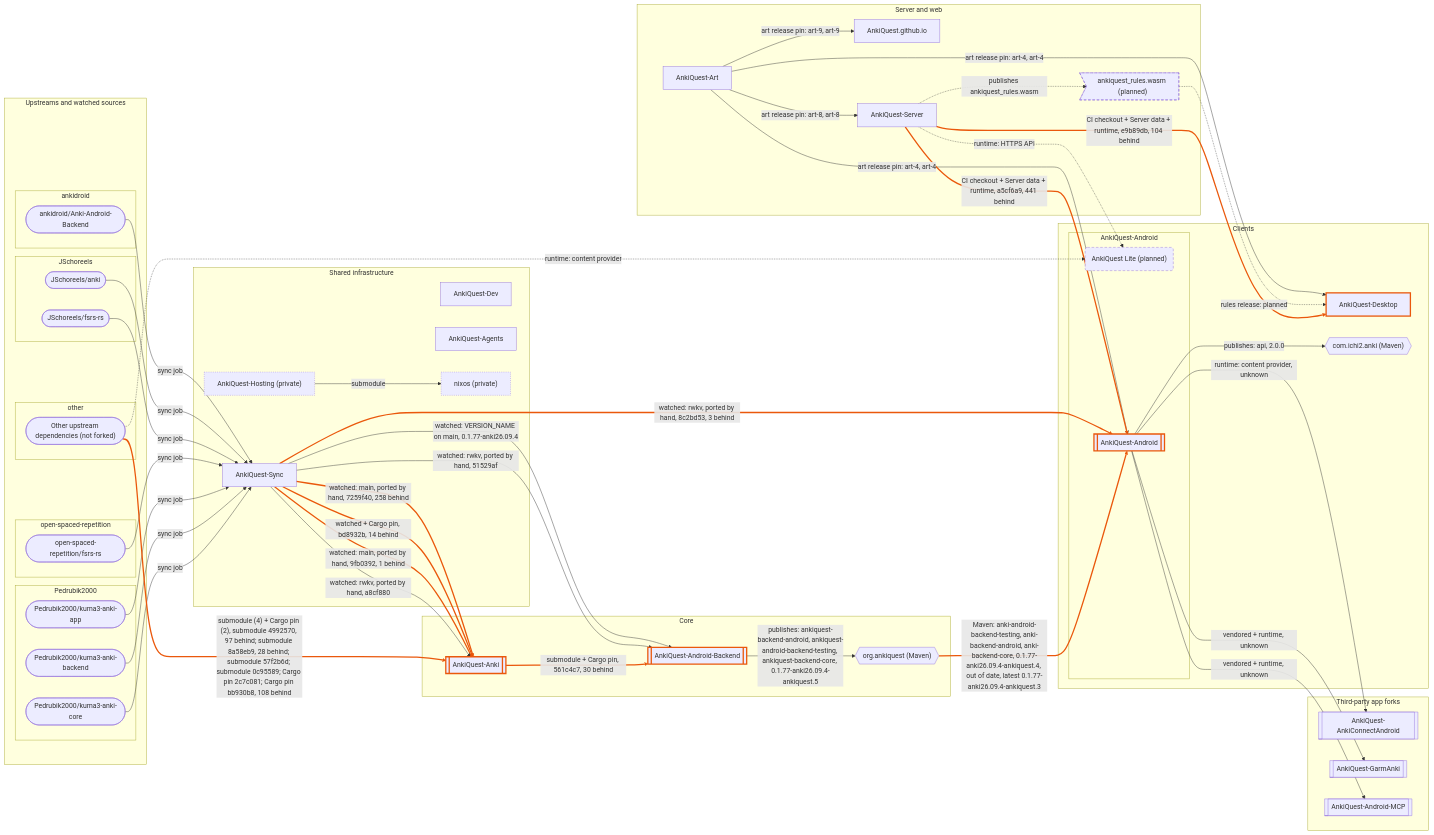
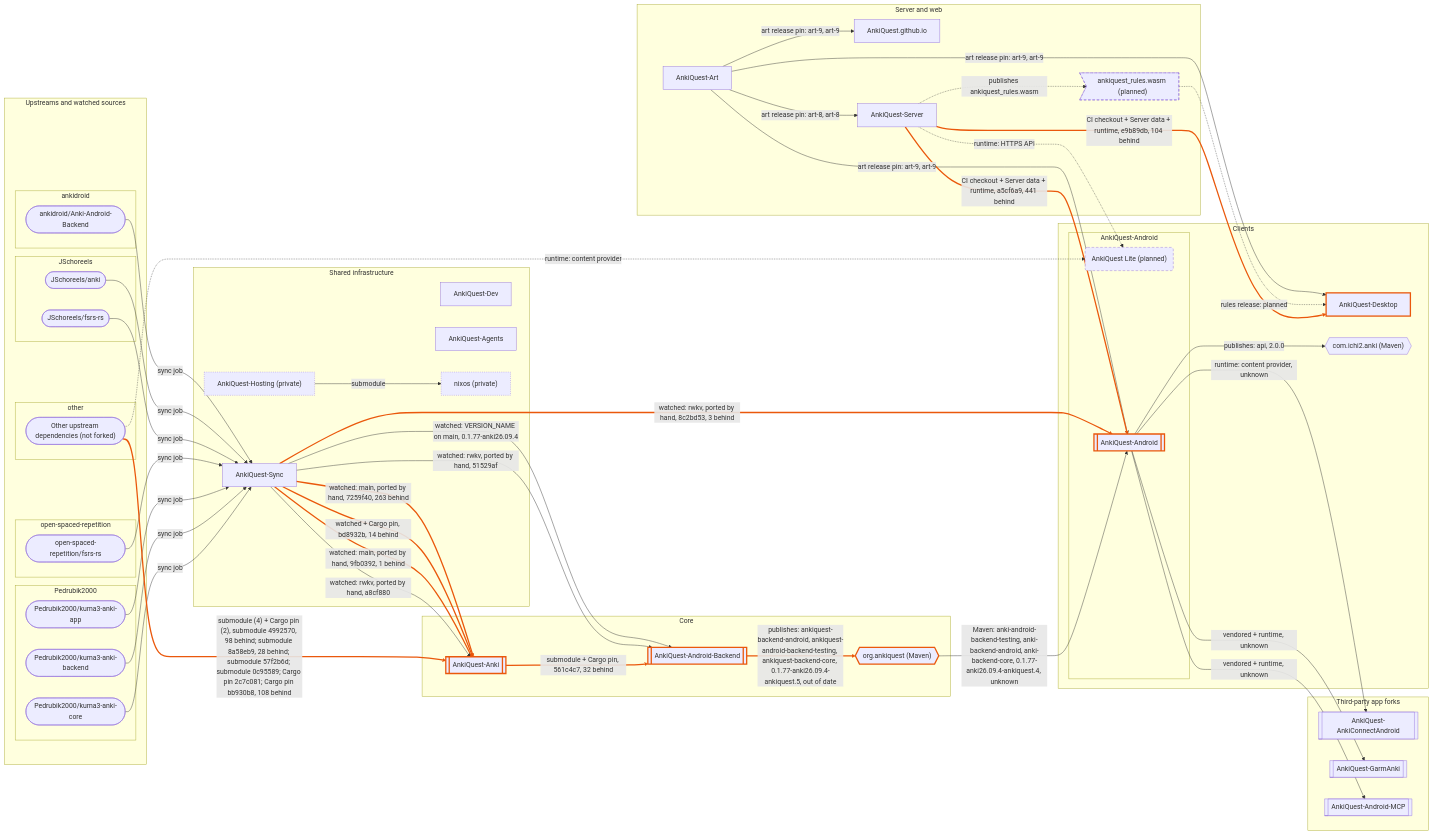
Before and after one commit to AnkiQuest/AnkiQuest.github.io: the diagram in wiring.mmd, drawn with Mermaid. The commit also changed 3 other files, not shown here.

```diff
--- a/wiring.mmd
+++ b/wiring.mmd
@@ -1,7 +1,7 @@
 %% AnkiQuest wiring: how every AnkiQuest repository, upstream and package feeds the others.
 %% Generated from wiring.json (written by src/wiring.ts) by src/wiring-mermaid.ts in
 %% AnkiQuest/AnkiQuest.github.io; regenerated daily. Do not edit.
-%% Data of 2026-11-25 (wiring.json generated 2026-11-25T11:12:21.501Z).
+%% Data of 2026-11-25 (wiring.json generated 2026-11-25T15:22:53.920Z).
 %% Interactive page: https://ankiquest.github.io/wiring.html
 %% Arrows point the way code or data flows; one edge per pair of nodes, naming every kind of
 %% link between them ("watched + Cargo pin"), then the pinned commit or version and N behind,
@@ -64,7 +64,7 @@
   ankidroid_Anki_Android_Backend -->|"sync job"| AnkiQuest_Sync
   AnkiQuest_Sync -->|"watched: VERSION_NAME on main, 0.1.77-anki26.09.4"| AnkiQuest_Android_Backend
   JSchoreels_anki -->|"sync job"| AnkiQuest_Sync
-  AnkiQuest_Sync -->|"watched: main, ported by hand, 7259f40, 258 behind"| AnkiQuest_Anki
+  AnkiQuest_Sync -->|"watched: main, ported by hand, 7259f40, 263 behind"| AnkiQuest_Anki
   JSchoreels_fsrs_rs -->|"sync job"| AnkiQuest_Sync
   AnkiQuest_Sync -->|"watched + Cargo pin, bd8932b, 14 behind"| AnkiQuest_Anki
   open_spaced_repetition_fsrs_rs -->|"sync job"| AnkiQuest_Sync
@@ -75,17 +75,17 @@
   AnkiQuest_Sync -->|"watched: rwkv, ported by hand, 51529af"| AnkiQuest_Android_Backend
   Pedrubik2000_kuma3_anki_core -->|"sync job"| AnkiQuest_Sync
   AnkiQuest_Sync -->|"watched: rwkv, ported by hand, a8cf880"| AnkiQuest_Anki
-  AnkiQuest_Anki -->|"submodule + Cargo pin, 561c4c7, 30 behind"| AnkiQuest_Android_Backend
+  AnkiQuest_Anki -->|"submodule + Cargo pin, 561c4c7, 32 behind"| AnkiQuest_Android_Backend
   AnkiQuest_Hosting -->|"submodule"| float3_nixos
-  other_upstream_dependencies -->|"submodule (4) + Cargo pin (2), submodule 4992570, 97 behind; submodule 8a58eb9, 28 behind; submodule 57f2b6d; submodule 0c95589; Cargo pin 2c7c081; Cargo pin bb930b8, 108 behind"| AnkiQuest_Anki
-  AnkiQuest_Art -->|"art release pin: art-4, art-4"| AnkiQuest_Android
-  AnkiQuest_Art -->|"art release pin: art-4, art-4"| AnkiQuest_Desktop
+  other_upstream_dependencies -->|"submodule (4) + Cargo pin (2), submodule 4992570, 98 behind; submodule 8a58eb9, 28 behind; submodule 57f2b6d; submodule 0c95589; Cargo pin 2c7c081; Cargo pin bb930b8, 108 behind"| AnkiQuest_Anki
+  AnkiQuest_Art -->|"art release pin: art-9, art-9"| AnkiQuest_Android
+  AnkiQuest_Art -->|"art release pin: art-9, art-9"| AnkiQuest_Desktop
   AnkiQuest_Art -->|"art release pin: art-8, art-8"| AnkiQuest_Server
   AnkiQuest_Art -->|"art release pin: art-9, art-9"| AnkiQuest_github_io
   release_ankiquest_rules -.->|"rules release: planned"| AnkiQuest_Desktop
-  maven_org_ankiquest -->|"Maven: anki-android-backend-testing, anki-backend-android, anki-backend-core, 0.1.77-anki26.09.4-ankiquest.4, out of date, latest 0.1.77-anki26.09.4-ankiquest.3"| AnkiQuest_Android
+  maven_org_ankiquest -->|"Maven: anki-android-backend-testing, anki-backend-android, anki-backend-core, 0.1.77-anki26.09.4-ankiquest.4, unknown"| AnkiQuest_Android
   AnkiQuest_Android -->|"publishes: api, 2.0.0"| maven_com_ichi2_anki
-  AnkiQuest_Android_Backend -->|"publishes: ankiquest-backend-android, ankiquest-android-backend-testing, ankiquest-backend-core, 0.1.77-anki26.09.4-ankiquest.5"| maven_org_ankiquest
+  AnkiQuest_Android_Backend -->|"publishes: ankiquest-backend-android, ankiquest-android-backend-testing, ankiquest-backend-core, 0.1.77-anki26.09.4-ankiquest.5, out of date"| maven_org_ankiquest
   AnkiQuest_Server -.->|"publishes ankiquest_rules.wasm"| release_ankiquest_rules
   AnkiQuest_Android -->|"vendored + runtime, unknown"| AnkiQuest_Android_MCP
   AnkiQuest_Android -->|"vendored + runtime, unknown"| AnkiQuest_GarmAnki
@@ -94,9 +94,9 @@
   AnkiQuest_Android -->|"runtime: content provider, unknown"| AnkiQuest_AnkiConnectAndroid
   AnkiQuest_Server -.->|"runtime: HTTPS API"| module_AnkiQuest_Lite
   other_upstream_dependencies -.->|"runtime: content provider"| module_AnkiQuest_Lite
-  linkStyle 3,5,7,9,14,16,22,28,29 stroke:#ea580c,stroke-width:3px
+  linkStyle 3,5,7,9,14,16,24,28,29 stroke:#ea580c,stroke-width:3px
   classDef behind stroke:#ea580c,stroke-width:3px
-  class AnkiQuest_Android,AnkiQuest_Android_Backend,AnkiQuest_Anki,AnkiQuest_Desktop behind
+  class AnkiQuest_Android,AnkiQuest_Android_Backend,AnkiQuest_Anki,AnkiQuest_Desktop,maven_org_ankiquest behind
   classDef planned stroke-dasharray:6 4
   class module_AnkiQuest_Lite,release_ankiquest_rules planned
   classDef private stroke-dasharray:2 3
@@ -157,10 +157,10 @@
 %%   checkout | AnkiQuest/AnkiQuest-Server -> AnkiQuest/AnkiQuest.github.io | checked out by pages.yml | -
 %%   agents | AnkiQuest/AnkiQuest-Agents -> AnkiQuest/AnkiQuest-Agents | AGENTS.md | matches
 %%   agents | AnkiQuest/AnkiQuest-Agents -> AnkiQuest/AnkiQuest-Android | AGENTS.md | differs, out of date
-%%   agents | AnkiQuest/AnkiQuest-Agents -> AnkiQuest/AnkiQuest-Android-Backend | AGENTS.md | differs, out of date
+%%   agents | AnkiQuest/AnkiQuest-Agents -> AnkiQuest/AnkiQuest-Android-Backend | AGENTS.md | matches
 %%   agents | AnkiQuest/AnkiQuest-Agents -> AnkiQuest/AnkiQuest-Android-MCP | AGENTS.md | differs, out of date
 %%   agents | AnkiQuest/AnkiQuest-Agents -> AnkiQuest/AnkiQuest-Anki | AGENTS.md | differs, out of date
-%%   agents | AnkiQuest/AnkiQuest-Agents -> AnkiQuest/AnkiQuest-AnkiConnectAndroid | AGENTS.md | differs, out of date
+%%   agents | AnkiQuest/AnkiQuest-Agents -> AnkiQuest/AnkiQuest-AnkiConnectAndroid | AGENTS.md | matches
 %%   agents | AnkiQuest/AnkiQuest-Agents -> AnkiQuest/AnkiQuest-Art | AGENTS.md | matches
 %%   agents | AnkiQuest/AnkiQuest-Agents -> AnkiQuest/AnkiQuest-Desktop | AGENTS.md | differs, out of date
 %%   agents | AnkiQuest/AnkiQuest-Agents -> AnkiQuest/AnkiQuest-Dev | AGENTS.md | matches
```
